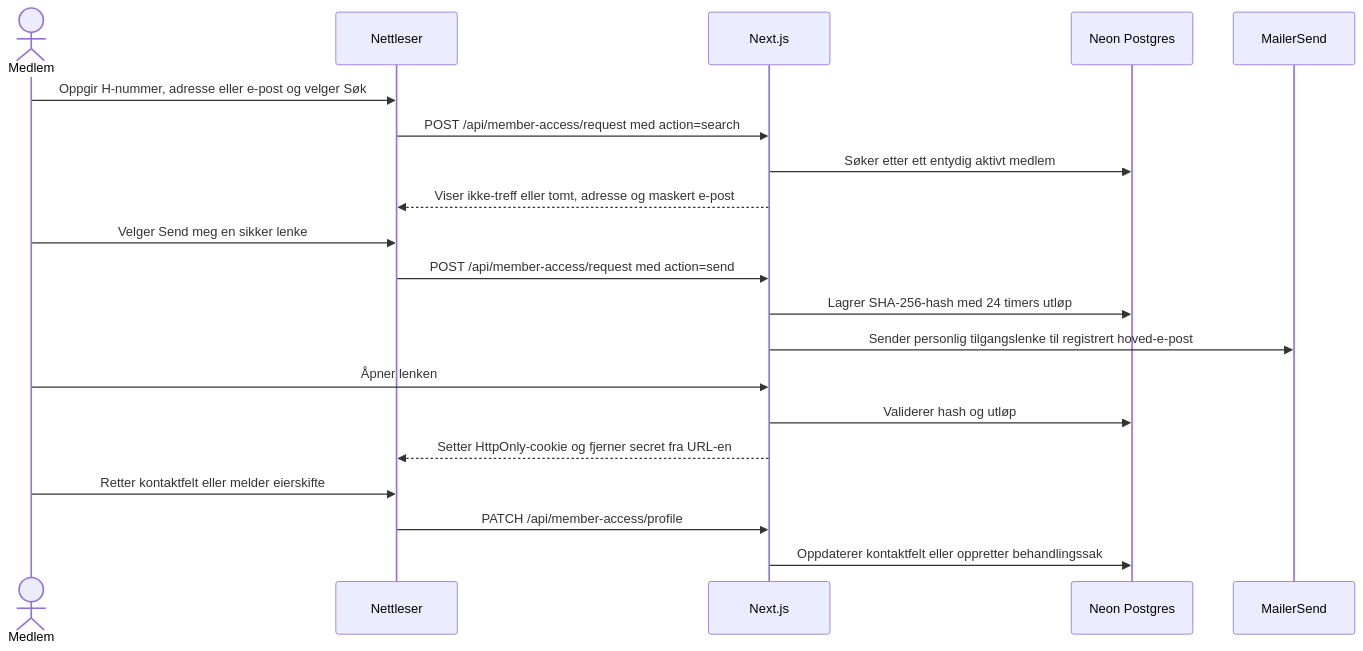
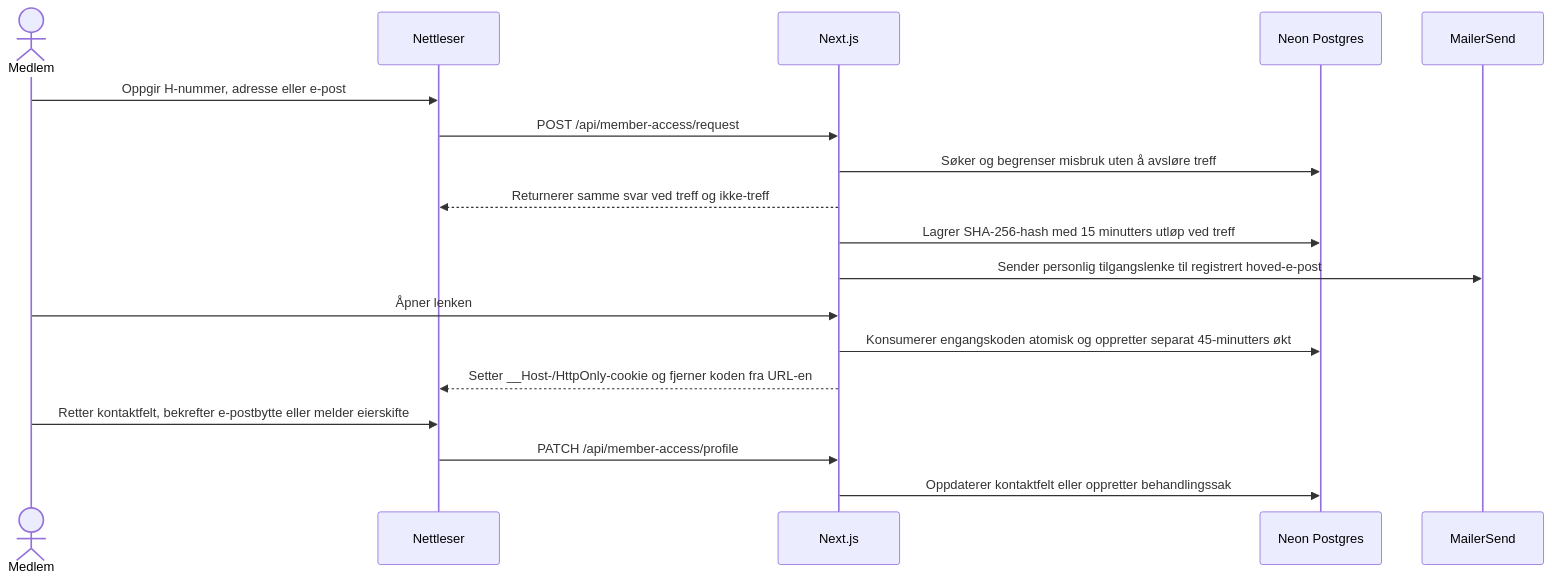
The fourth of 6 diagrams in README.md (ibjohansen/tfv-poll), drawn with Mermaid before and after one commit. The commit also changed other lines of this file and 76 other files, not shown here.

````diff
--- a/README.md
+++ b/README.md
@@ -171,23 +174,21 @@
 ```mermaid
 sequenceDiagram
   actor M as Medlem
   participant B as Nettleser
   participant A as Next.js
   participant D as Neon Postgres
   participant E as MailerSend
 
-  M->>B: Oppgir H-nummer, adresse eller e-post og velger Søk
-  B->>A: POST /api/member-access/request med action=search
-  A->>D: Søker etter ett entydig aktivt medlem
-  A-->>B: Viser ikke-treff eller tomt, adresse og maskert e-post
-  M->>B: Velger Send meg en sikker lenke
-  B->>A: POST /api/member-access/request med action=send
-  A->>D: Lagrer SHA-256-hash med 24 timers utløp
+  M->>B: Oppgir H-nummer, adresse eller e-post
+  B->>A: POST /api/member-access/request
+  A->>D: Søker og begrenser misbruk uten å avsløre treff
+  A-->>B: Returnerer samme svar ved treff og ikke-treff
+  A->>D: Lagrer SHA-256-hash med 15 minutters utløp ved treff
   A->>E: Sender personlig tilgangslenke til registrert hoved-e-post
   M->>A: Åpner lenken
-  A->>D: Validerer hash og utløp
-  A-->>B: Setter HttpOnly-cookie og fjerner secret fra URL-en
-  M->>B: Retter kontaktfelt eller melder eierskifte
+  A->>D: Konsumerer engangskoden atomisk og oppretter separat 45-minutters økt
+  A-->>B: Setter __Host-/HttpOnly-cookie og fjerner koden fra URL-en
+  M->>B: Retter kontaktfelt, bekrefter e-postbytte eller melder eierskifte
   B->>A: PATCH /api/member-access/profile
   A->>D: Oppdaterer kontaktfelt eller oppretter behandlingssak
 ```
````
